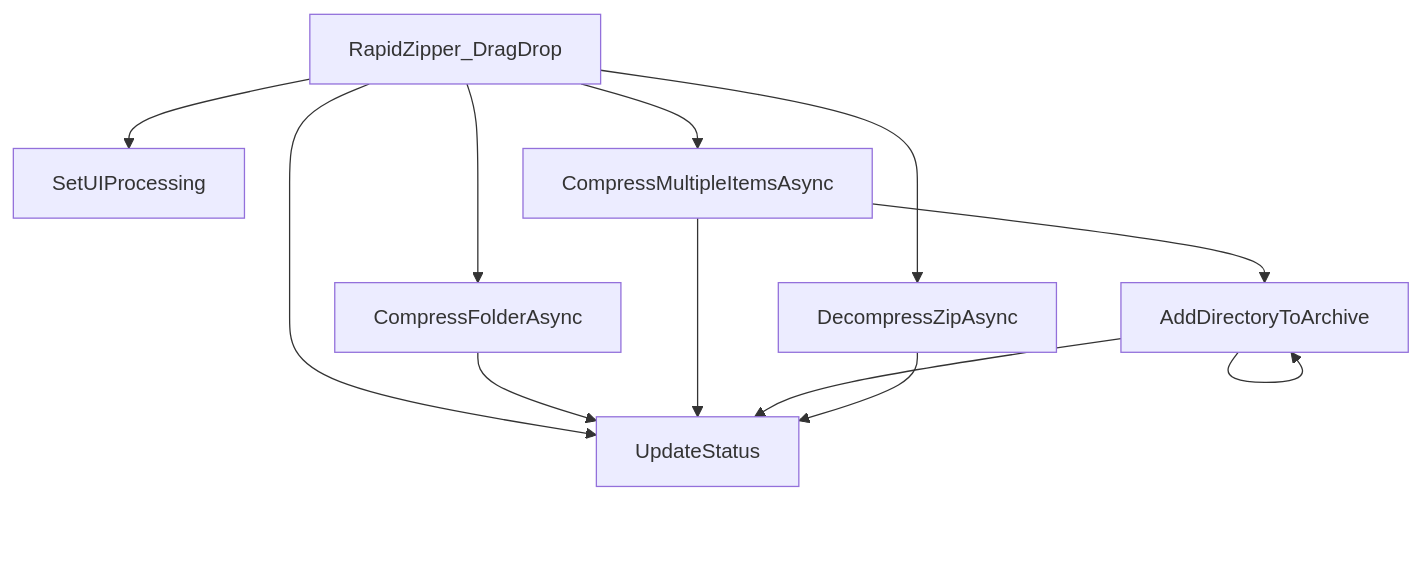
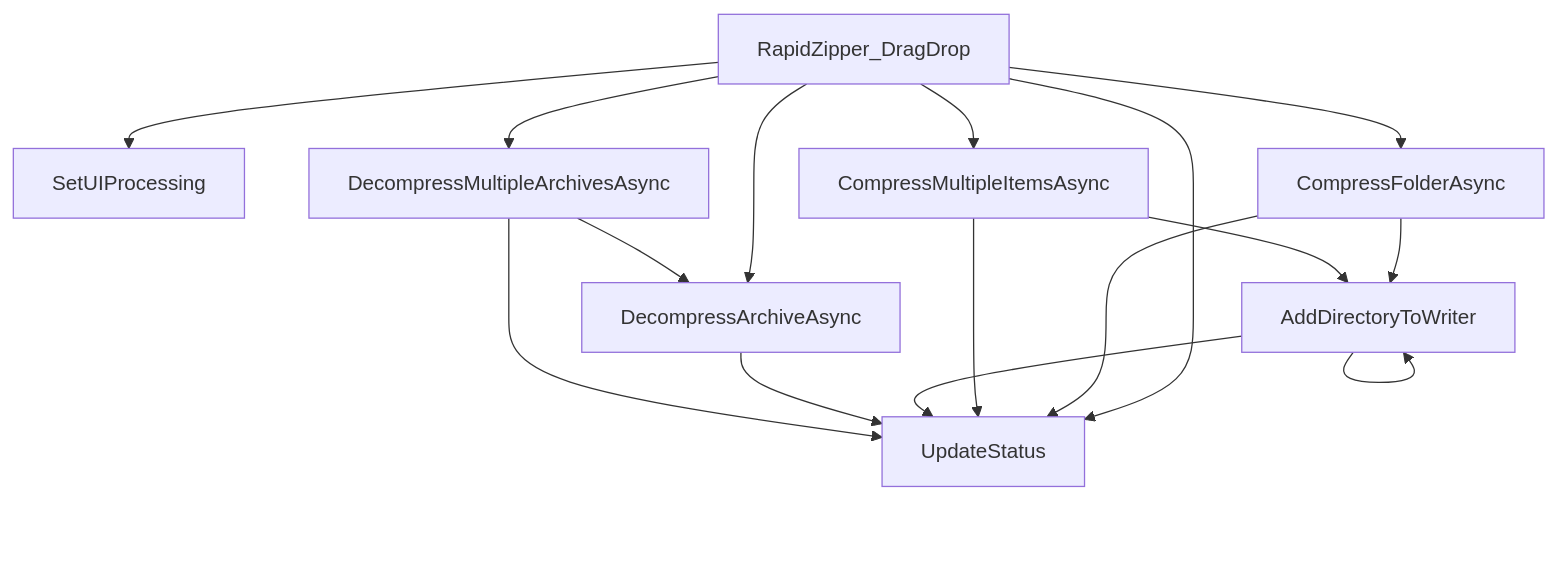
Before and after one commit to DovahkiinYuzuko/rapid-zipper: the diagram in docs/variables'n'functions/[C#]Form1.md, drawn with Mermaid. The commit also changed other lines of this file and 3 other files, not shown here.

````diff
--- a/docs/variables'n'functions/[C#]Form1.md
+++ b/docs/variables'n'functions/[C#]Form1.md
@@ -104,14 +112,18 @@
 ```mermaid
 graph TD
     RapidZipper_DragDrop --> SetUIProcessing
     RapidZipper_DragDrop --> CompressFolderAsync
-    RapidZipper_DragDrop --> DecompressZipAsync
+    RapidZipper_DragDrop --> DecompressArchiveAsync
+    RapidZipper_DragDrop --> DecompressMultipleArchivesAsync
     RapidZipper_DragDrop --> CompressMultipleItemsAsync
     RapidZipper_DragDrop --> UpdateStatus
+    CompressFolderAsync --> AddDirectoryToWriter
     CompressFolderAsync --> UpdateStatus
-    CompressMultipleItemsAsync --> AddDirectoryToArchive
+    CompressMultipleItemsAsync --> AddDirectoryToWriter
     CompressMultipleItemsAsync --> UpdateStatus
-    AddDirectoryToArchive --> UpdateStatus
-    AddDirectoryToArchive --> AddDirectoryToArchive
-    DecompressZipAsync --> UpdateStatus
+    AddDirectoryToWriter --> UpdateStatus
+    AddDirectoryToWriter --> AddDirectoryToWriter
+    DecompressArchiveAsync --> UpdateStatus
+    DecompressMultipleArchivesAsync --> DecompressArchiveAsync
+    DecompressMultipleArchivesAsync --> UpdateStatus
 ```
````
